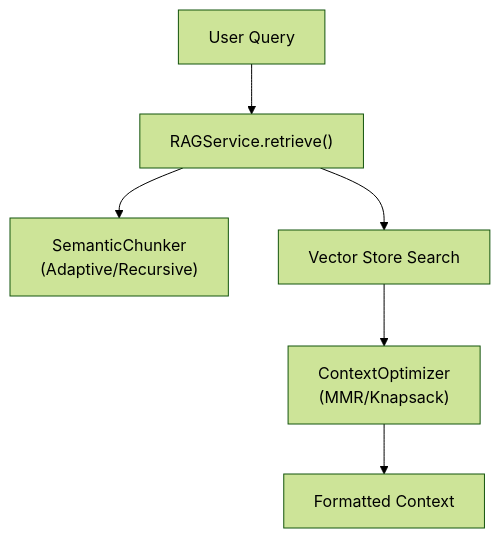
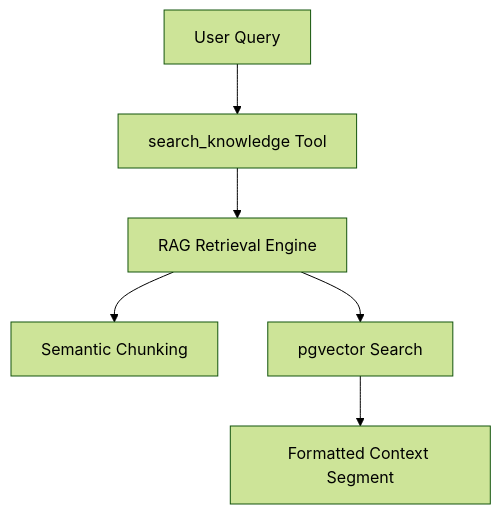
The fourth of 5 diagrams in docs/memory-system/five-layer-memory-architecture.md (AutomatosAI/automatos-ai), drawn with Mermaid (forest theme) before and after one commit. The commit also changed other lines of this file and 153 other files, not shown here.

````diff
--- a/docs/memory-system/five-layer-memory-architecture.md
+++ b/docs/memory-system/five-layer-memory-architecture.md
@@ -207,8 +183,8 @@
 ```mermaid
 graph TB
-    Query["User Query"] --> RAG["RAGService.retrieve()"]
-    RAG --> Chunking["SemanticChunker<br/>(Adaptive/Recursive)"]
-    RAG --> Search["Vector Store Search"]
-    Search --> Optimizer["ContextOptimizer<br/>(MMR/Knapsack)"]
-    Optimizer --> Context["Formatted Context"]
+    Query["User Query"] --> Tool["search_knowledge Tool"]
+    Tool --> RAG["RAG Retrieval Engine"]
+    RAG --> Chunking["Semantic Chunking"]
+    RAG --> Search["pgvector Search"]
+    Search --> Context["Formatted Context Segment"]
 ```
````
